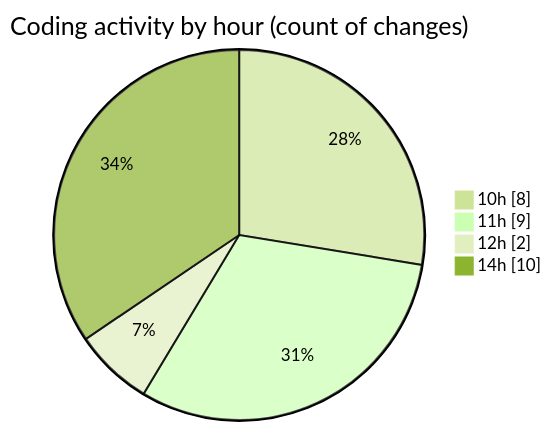
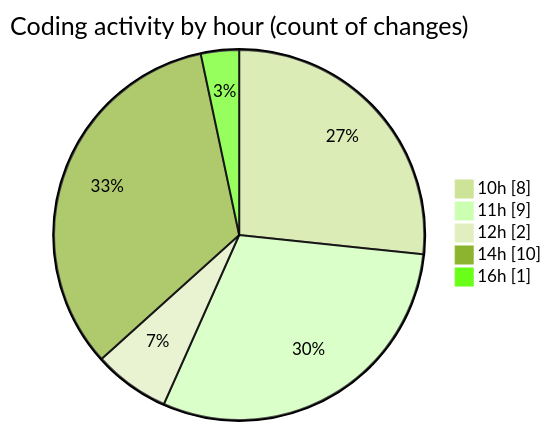
The second of 2 diagrams in 2025-12-30/budget_front_nest/README.md (igalym/code-tracking), drawn with Mermaid (forest theme) before and after one commit. The commit also changed other lines of this file and 1 other file, not shown here.

````diff
--- a/2025-12-30/budget_front_nest/README.md
+++ b/2025-12-30/budget_front_nest/README.md
@@ -43,8 +44,9 @@
 ```mermaid
 pie showData
 title Coding activity by hour (count of changes)
 "10h" : 8
 "11h" : 9
 "12h" : 2
 "14h" : 10
+"16h" : 1
 ```
````
